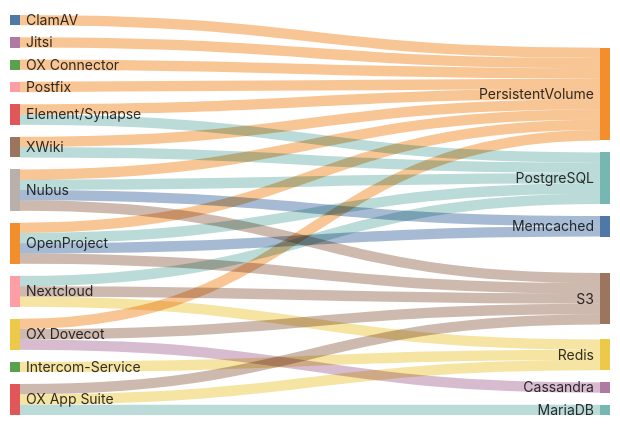
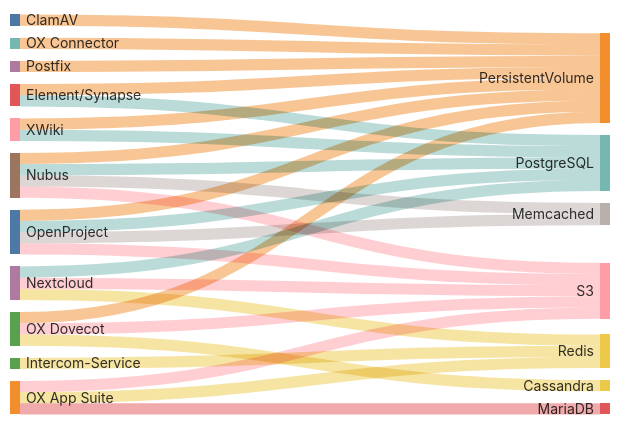
One commit to tobias-weiss-ai-xr/opendesk-edu changed the diagram in docs/data-storage.md. Above: the diagram before and after it, drawn with Mermaid. The commit also changed other lines of this file and 1 other file, not shown here.

Commit message:
fix(jitsi): No persistence storage anymore and extraEnvs as table for Prosody

````diff
--- a/docs/data-storage.md
+++ b/docs/data-storage.md
@@ -24,47 +24,45 @@
 ```mermaid
 ---
 config:
   sankey:
     showValues: false
     linkColor: target
 ---
 sankey-beta
 
 ClamAV,PersistentVolume,1
 
 Element/Synapse,PostgreSQL,1
 Element/Synapse,PersistentVolume,1
 
 Intercom-Service,Redis,1
-
-Jitsi,PersistentVolume,1
 
 Nextcloud,PostgreSQL,1
 Nextcloud,S3,1
 Nextcloud,Redis,1
 
 Nubus,PostgreSQL,1
 Nubus,S3,1
 Nubus,PersistentVolume,1
 Nubus,Memcached,1
 
 OpenProject,PostgreSQL,1
 OpenProject,S3,1
 OpenProject,PersistentVolume,1
 OpenProject,Memcached,1
 
 OX App Suite,MariaDB,1
 OX App Suite,Redis,1
 OX App Suite,S3,1
 
 OX Connector,PersistentVolume,1
 
 OX Dovecot,Cassandra,1
 OX Dovecot,PersistentVolume,1
 OX Dovecot,S3,1
 
 Postfix,PersistentVolume,1
 
 XWiki,PostgreSQL,1
 XWiki,PersistentVolume,1
 ```
````
